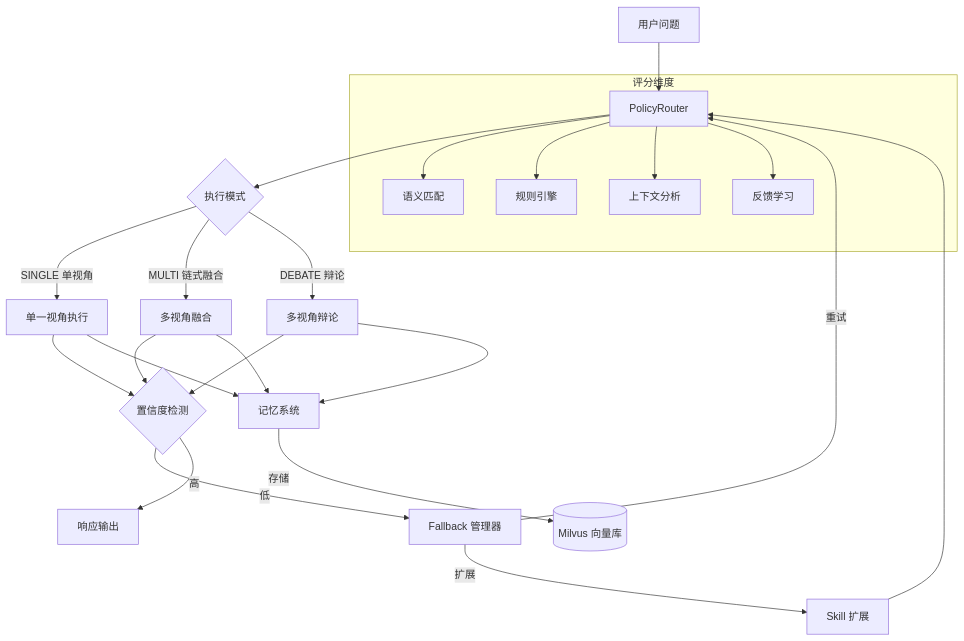
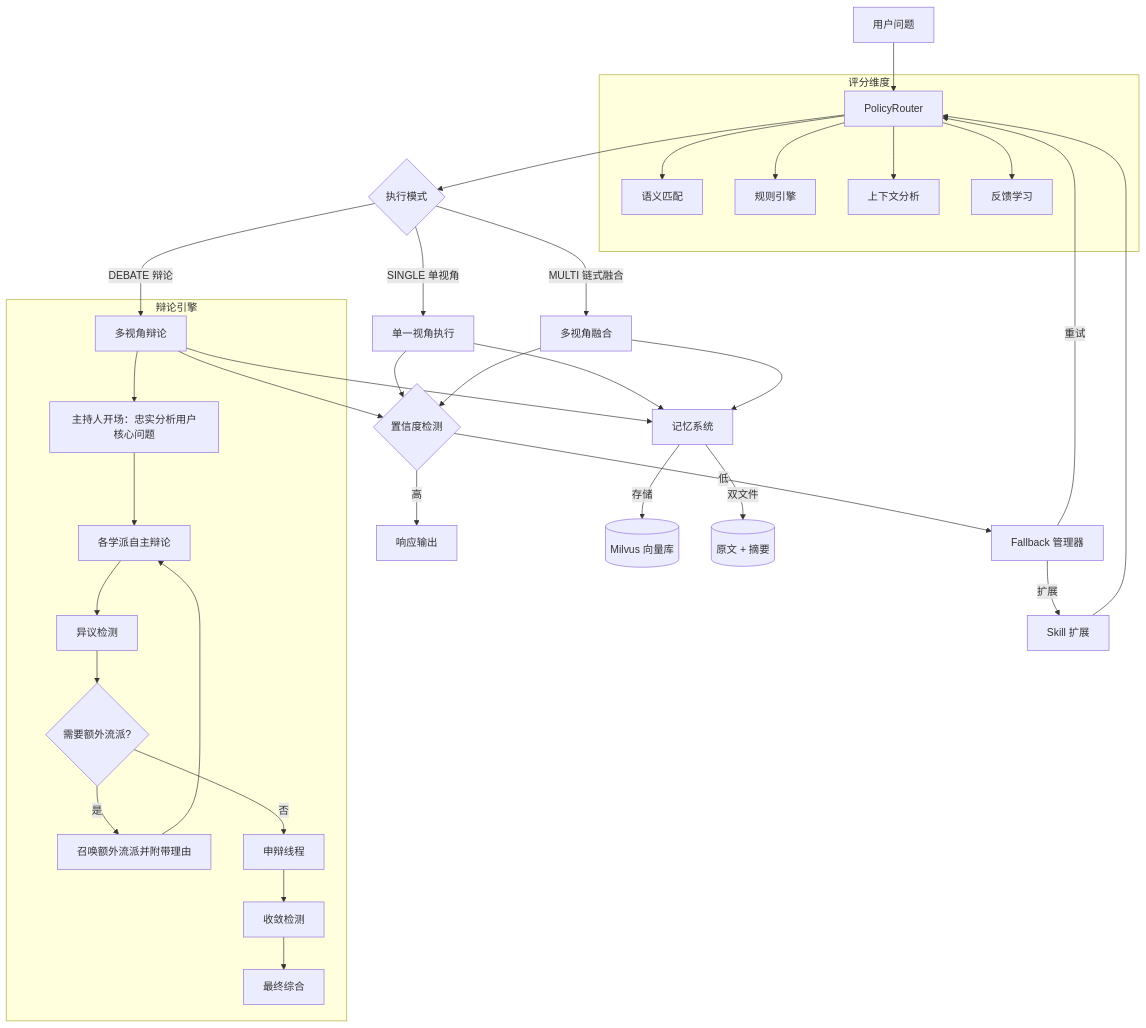
Before and after one commit to dai-zw/DialecticEngine: the third of 4 diagrams in README.md, drawn with Mermaid. The commit also changed other lines of this file and 115 other files, not shown here.

````diff
--- a/README.md
+++ b/README.md
@@ -217,33 +378,46 @@
 ```mermaid
 flowchart TD
     A[用户问题] --> B[PolicyRouter]
     B --> C{执行模式}
     C -->|SINGLE 单视角| D[单一视角执行]
     C -->|MULTI 链式融合| E[多视角融合]
     C -->|DEBATE 辩论| F[多视角辩论]
 
     D --> G{置信度检测}
     E --> G
     F --> G
 
     G -->|低| H[Fallback 管理器]
     G -->|高| I[响应输出]
 
     H -->|重试| B
     H -->|扩展| J[Skill 扩展]
 
     D --> K[记忆系统]
     E --> K
     F --> K
 
     K -->|存储| L[(Milvus 向量库)]
+    K -->|双文件| M[(原文 + 摘要)]
 
     J --> B
 
+    subgraph 辩论引擎
+        F --> N[主持人开场：忠实分析用户核心问题]
+        N --> O[各学派自主辩论]
+        O --> P[异议检测]
+        P --> Q{需要额外流派?}
+        Q -->|是| R[召唤额外流派并附带理由]
+        Q -->|否| S[申辩线程]
+        R --> O
+        S --> T[收敛检测]
+        T --> U[最终综合]
+    end
+
     subgraph 评分维度
-        B --> M[语义匹配]
-        B --> N[规则引擎]
-        B --> O[上下文分析]
-        B --> P[反馈学习]
+        B --> V[语义匹配]
+        B --> W[规则引擎]
+        B --> X[上下文分析]
+        B --> Y[反馈学习]
     end
 ```
````
